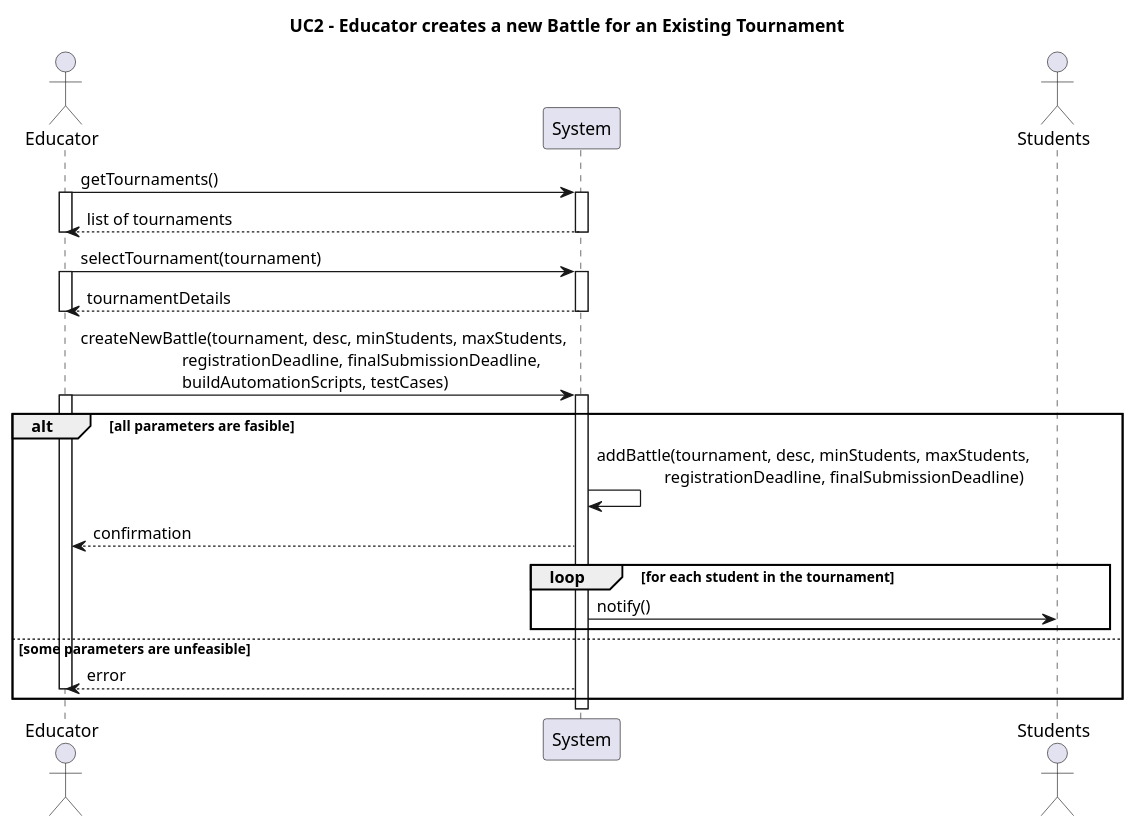
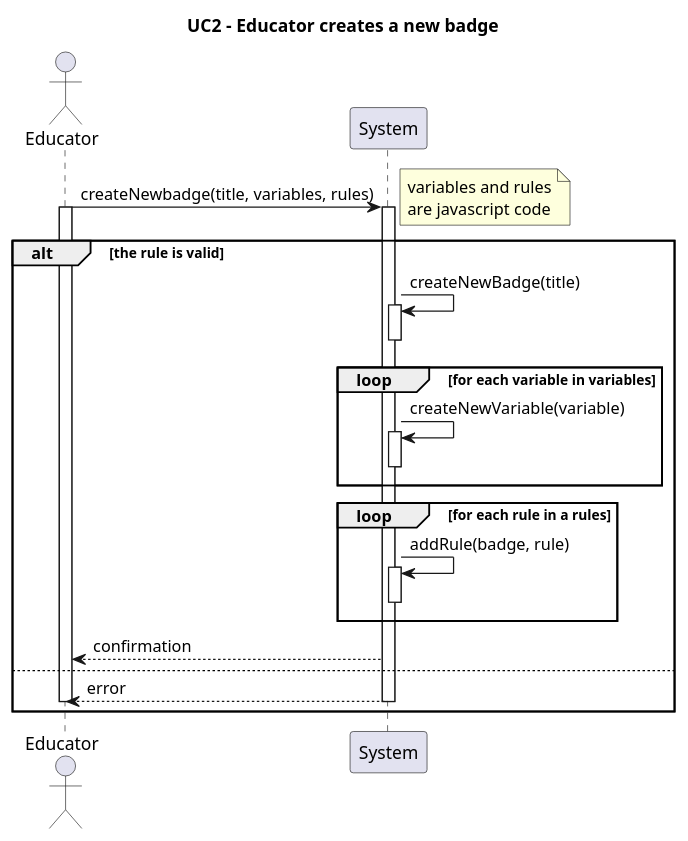
One commit to Furrrlo/CodeKataBattle changed the diagram in rasd/puml/UC2.puml. Above: the diagram before and after it, drawn with PlantUML. The commit also changed 10 other files, not shown here.

```diff
--- a/rasd/puml/UC2.puml
+++ b/rasd/puml/UC2.puml
@@ -1,46 +1,39 @@
 @startuml UC2
-title UC2 - Educator creates a new Battle for an Existing Tournament    
+title UC2 - Educator creates a new badge
 
 actor Educator
+participant System
 
-participant System
-actor Students
 
-Educator -> System ++: getTournaments()
-activate Educator
-System --> Educator--: list of tournaments
-deactivate Educator
+Educator -> System ++: createNewbadge(title, variables, rules)
+note right
+    variables and rules
+    are javascript code
+end note
 
-Educator -> System ++: selectTournament(tournament)
-activate Educator
-System --> Educator--: tournamentDetails
-deactivate Educator
+alt the rule is valid
 
-Educator -> System ++: createNewBattle(tournament, desc, minStudents, maxStudents,\n\t\t\tregistrationDeadline, finalSubmissionDeadline,\n\t\t\tbuildAutomationScripts, testCases)
-
-alt all parameters are fasible
     activate Educator
 
-    System -> System: addBattle(tournament, desc, minStudents, maxStudents,\n\t\tregistrationDeadline, finalSubmissionDeadline)
+    System -> System ++: createNewBadge(title)
+    deactivate System
 
-    System --> Educator: confirmation
-    
-
-    loop for each student in the tournament
-        System -> Students : notify()
-
+    loop for each variable in variables
+        System -> System ++--: createNewVariable(variable)
     end
 
-else some parameters are unfeasible
-    System --> Educator: error
+    loop for each rule in a rules
+        System -> System ++--: addRule(badge, rule)
+    end
+
+    System --> Educator : confirmation
+
+
+else
+    System --> Educator : error
     deactivate Educator
+    deactivate System
 end
 
 
-
-
-
-
-
-
 @enduml
```
